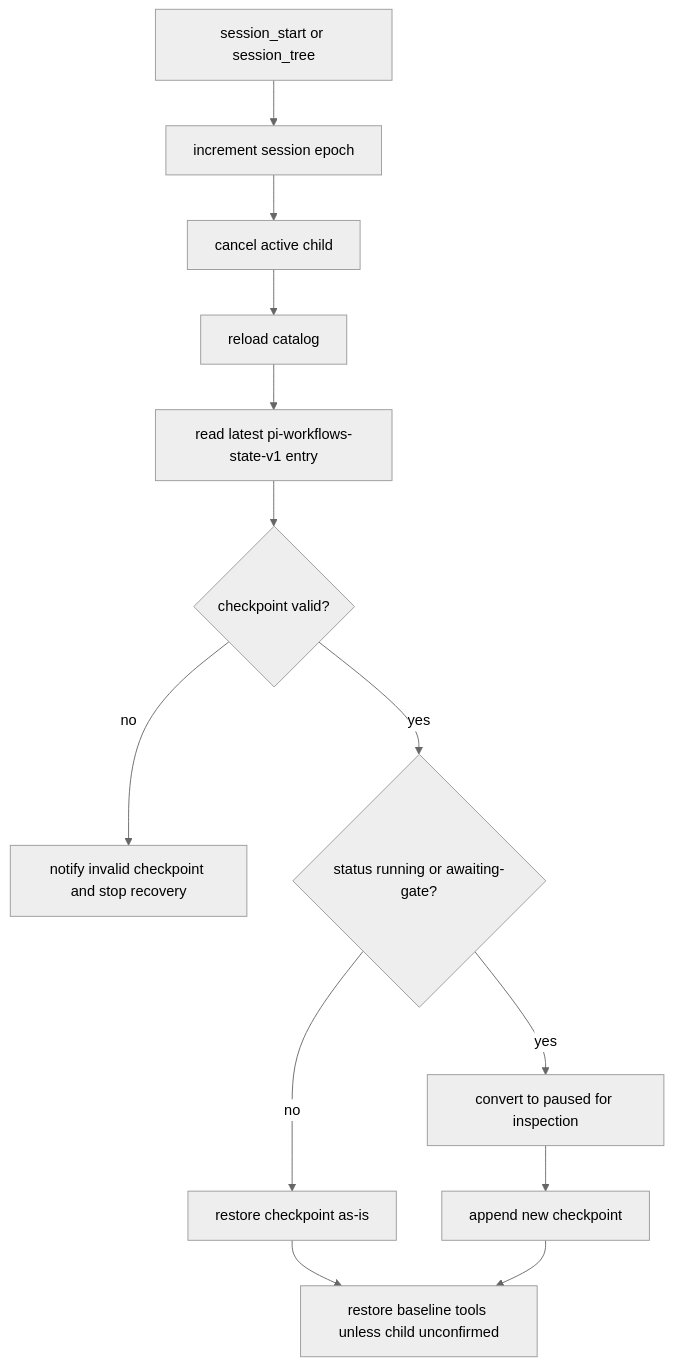
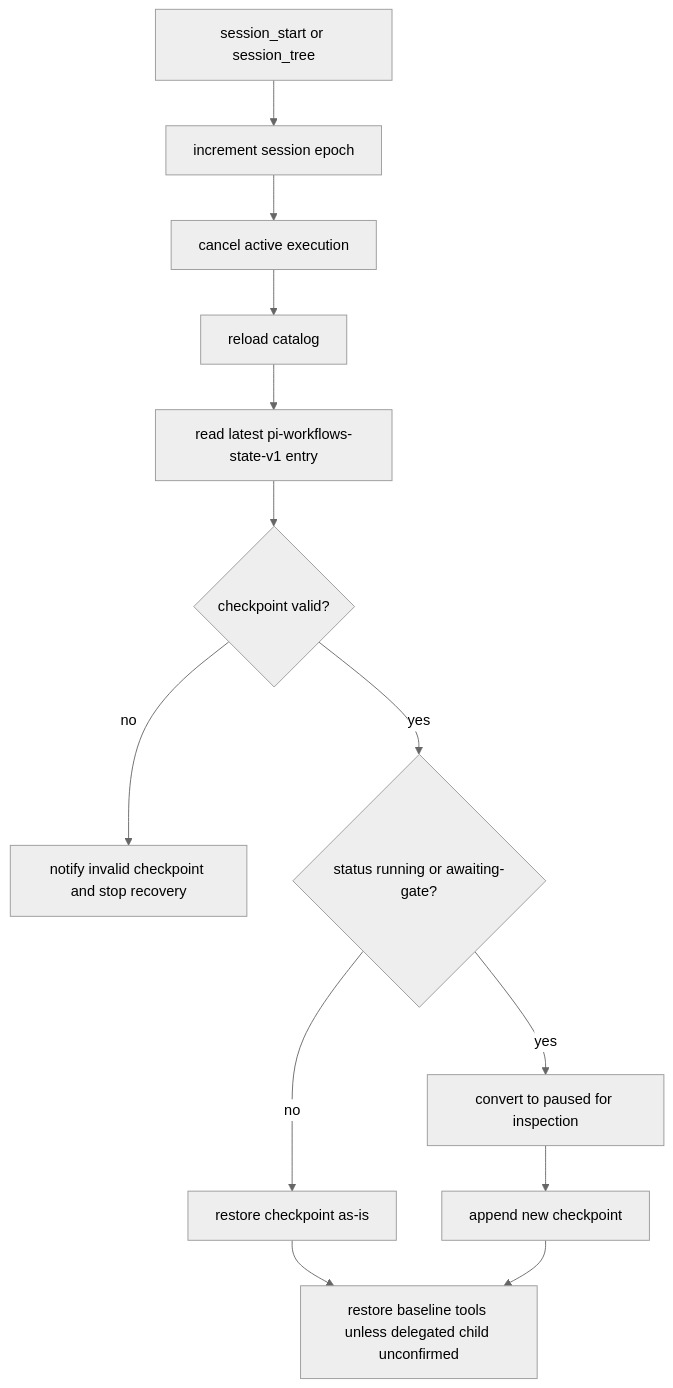
Before and after one commit to wichayutdew/pi-workflows: the sixth of 7 diagrams in openwiki/architecture/runtime-lifecycle.md, drawn with Mermaid (neutral theme). The commit also changed other lines of this file and 84 other files, not shown here.

````diff
--- a/openwiki/architecture/runtime-lifecycle.md
+++ b/openwiki/architecture/runtime-lifecycle.md
@@ -93,15 +130,15 @@
 ```mermaid
 flowchart TD
   Session[session_start or session_tree] --> Epoch[increment session epoch]
-  Epoch --> Cancel[cancel active child]
+  Epoch --> Cancel[cancel active execution]
   Cancel --> Reload[reload catalog]
   Reload --> Latest[read latest pi-workflows-state-v1 entry]
   Latest --> Valid{checkpoint valid?}
   Valid -- no --> Stop[notify invalid checkpoint and stop recovery]
   Valid -- yes --> Running{status running or awaiting-gate?}
   Running -- yes --> Pause[convert to paused for inspection]
   Running -- no --> Restore[restore checkpoint as-is]
   Pause --> Persist[append new checkpoint]
-  Restore --> Tools[restore baseline tools unless child unconfirmed]
+  Restore --> Tools[restore baseline tools unless delegated child unconfirmed]
   Persist --> Tools
 ```
````
